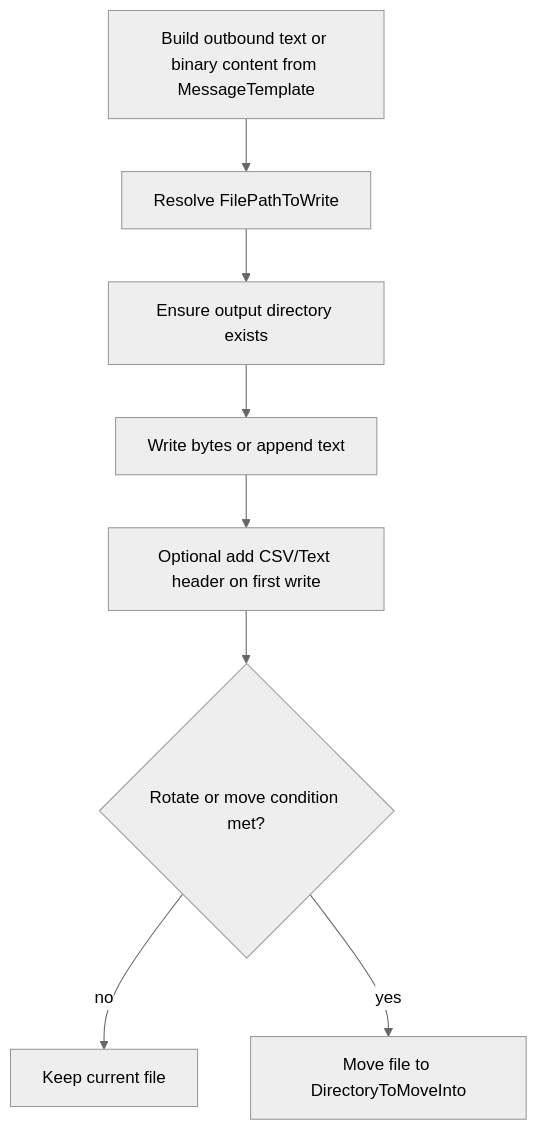
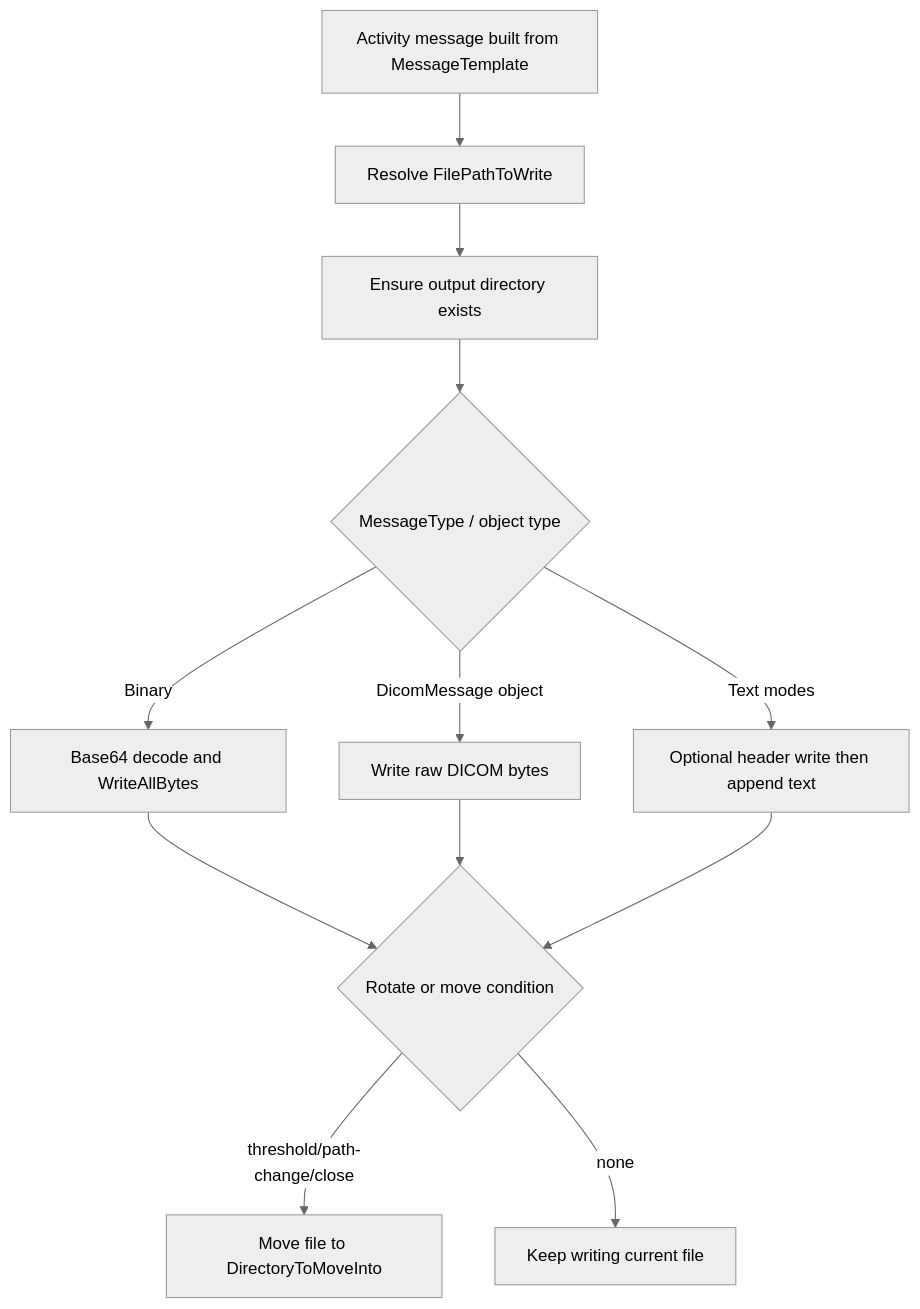
One commit to IntegrationSoup/Documentation changed the diagram in docs/workflow/sender-activities/file-writer.md. Above: the diagram before and after it, drawn with Mermaid (neutral theme). The commit also changed other lines of this file and 4 other files, not shown here.

````diff
--- a/docs/workflow/sender-activities/file-writer.md
+++ b/docs/workflow/sender-activities/file-writer.md
@@ -11,10 +19,14 @@
 ```mermaid
 flowchart TD
-    A[Build outbound text or binary content from MessageTemplate] --> B[Resolve FilePathToWrite]
+    A[Activity message built from MessageTemplate] --> B[Resolve FilePathToWrite]
     B --> C[Ensure output directory exists]
-    C --> D[Write bytes or append text]
-    D --> E[Optional add CSV/Text header on first write]
-    E --> F{Rotate or move condition met?}
-    F -- no --> G[Keep current file]
-    F -- yes --> H[Move file to DirectoryToMoveInto]
+    C --> D{MessageType / object type}
+    D -- Binary --> E[Base64 decode and WriteAllBytes]
+    D -- DicomMessage object --> F[Write raw DICOM bytes]
+    D -- Text modes --> G[Optional header write then append text]
+    E --> H{Rotate or move condition}
+    F --> H
+    G --> H
+    H -- threshold/path-change/close --> I[Move file to DirectoryToMoveInto]
+    H -- none --> J[Keep writing current file]
 ```
````
